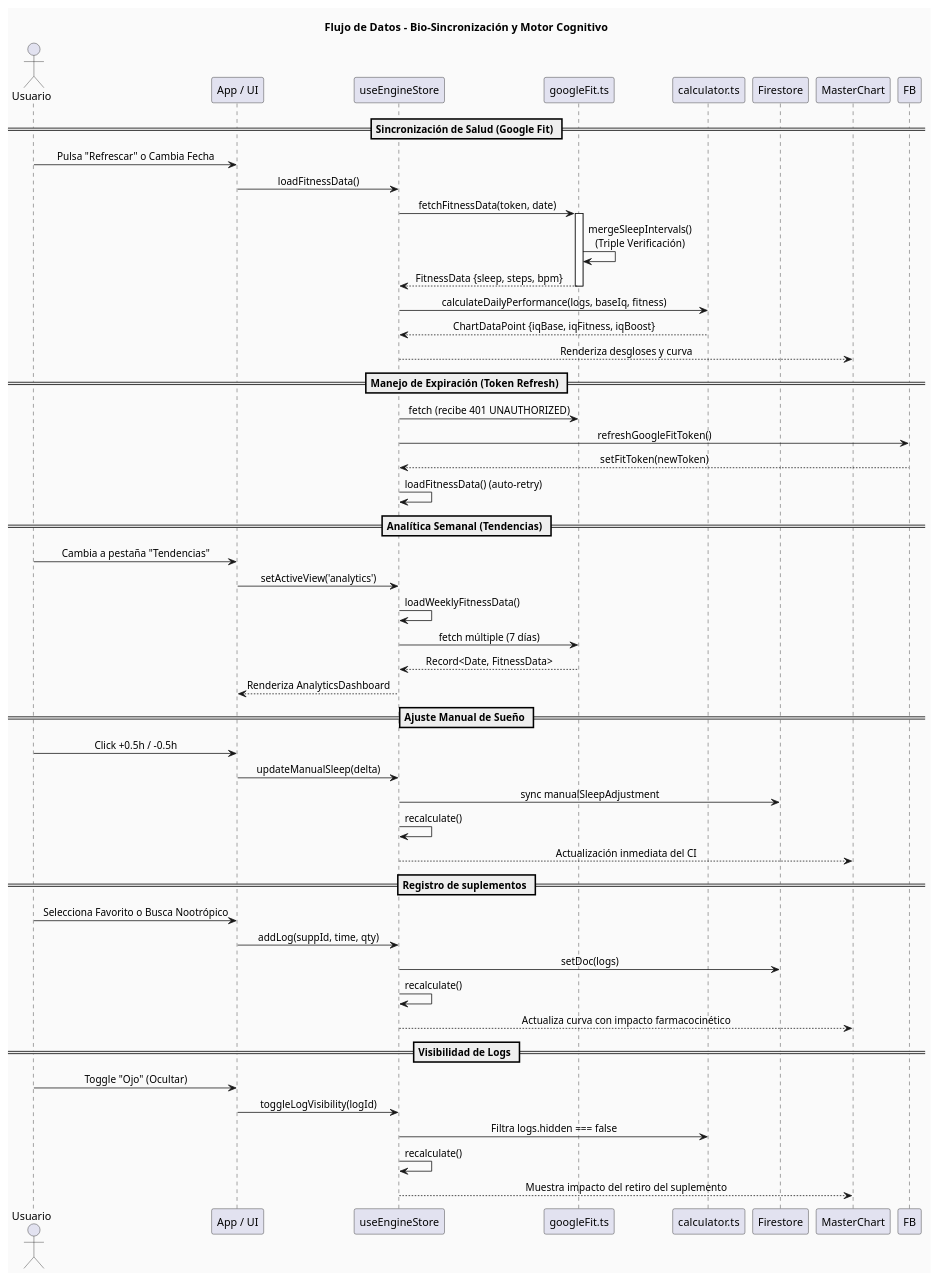
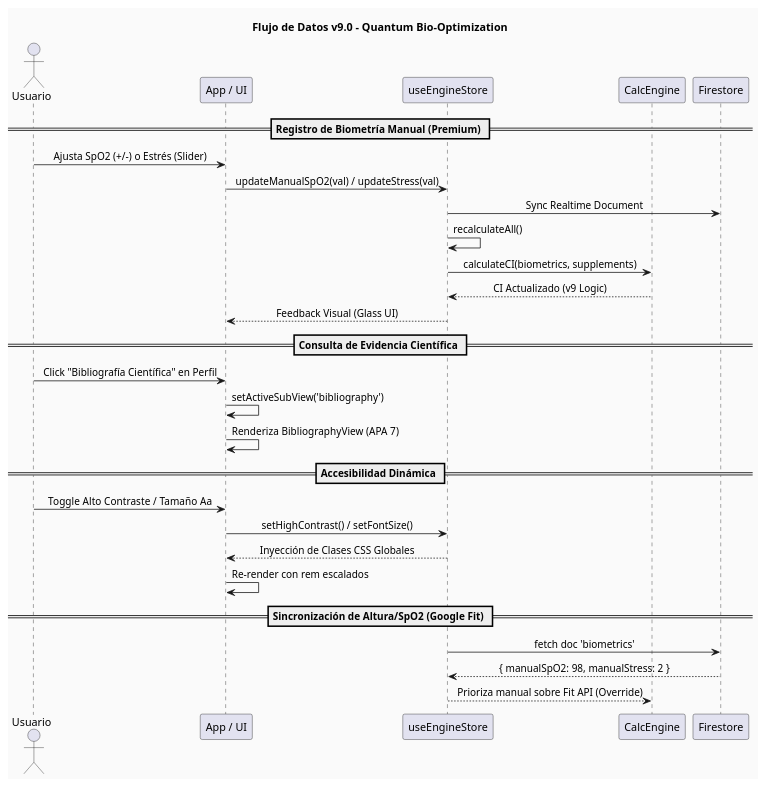
One commit to Camilo-Alberto-Palacio/optimizador-cognitivo changed the diagram in diagramas/dataflow.puml. Above: the diagram before and after it, drawn with PlantUML. The commit also changed 2 other files, not shown here.

Commit message:
docs: v9.0 Final PRO - architecture updates, README with math logic and APA bibliography

```diff
--- a/diagramas/dataflow.puml
+++ b/diagramas/dataflow.puml
@@ -1,63 +1,37 @@
-@startuml DataFlow_v2
+@startuml DataFlow_v9
 skinparam defaultTextAlignment center
 skinparam backgroundColor #FAFAFA
-title Flujo de Datos - Bio-Sincronización y Motor Cognitivo
+title Flujo de Datos v9.0 - Quantum Bio-Optimization
 
 actor "Usuario" as User
 participant "App / UI" as UI
 participant "useEngineStore" as Store
-participant "googleFit.ts" as FitService
-participant "calculator.ts" as CalcEngine
+participant "CalcEngine" as Calc
 participant "Firestore" as DB
-participant "MasterChart" as View
 
-== Sincronización de Salud (Google Fit) ==
-User -> UI : Pulsa "Refrescar" o Cambia Fecha
-UI -> Store : loadFitnessData()
-Store -> FitService : fetchFitnessData(token, date)
+== Registro de Biometría Manual (Premium) ==
+User -> UI : Ajusta SpO2 (+/-) o Estrés (Slider)
+UI -> Store : updateManualSpO2(val) / updateStress(val)
+Store -> DB : Sync Realtime Document
+Store -> Store : recalculateAll()
+Store -> Calc : calculateCI(biometrics, supplements)
+Calc --> Store : CI Actualizado (v9 Logic)
+Store --> UI : Feedback Visual (Glass UI)
 
-activate FitService
-FitService -> FitService : mergeSleepIntervals()\n(Triple Verificación)
-FitService --> Store : FitnessData {sleep, steps, bpm}
-deactivate FitService
+== Consulta de Evidencia Científica ==
+User -> UI : Click "Bibliografía Científica" en Perfil
+UI -> UI : setActiveSubView('bibliography')
+UI -> UI : Renderiza BibliographyView (APA 7)
 
-Store -> CalcEngine : calculateDailyPerformance(logs, baseIq, fitness)
-CalcEngine --> Store : ChartDataPoint {iqBase, iqFitness, iqBoost}
-Store --> View : Renderiza desgloses y curva
+== Accesibilidad Dinámica ==
+User -> UI : Toggle Alto Contraste / Tamaño Aa
+UI -> Store : setHighContrast() / setFontSize()
+Store --> UI : Inyección de Clases CSS Globales
+UI -> UI : Re-render con rem escalados
 
-== Manejo de Expiración (Token Refresh) ==
-Store -> FitService : fetch (recibe 401 UNAUTHORIZED)
-Store -> FB : refreshGoogleFitToken()
-FB --> Store : setFitToken(newToken)
-Store -> Store : loadFitnessData() (auto-retry)
-
-== Analítica Semanal (Tendencias) ==
-User -> UI : Cambia a pestaña "Tendencias"
-UI -> Store : setActiveView('analytics')
-Store -> Store : loadWeeklyFitnessData()
-Store -> FitService : fetch múltiple (7 días)
-FitService --> Store : Record<Date, FitnessData>
-Store --> UI : Renderiza AnalyticsDashboard
-
-== Ajuste Manual de Sueño ==
-User -> UI : Click +0.5h / -0.5h
-UI -> Store : updateManualSleep(delta)
-Store -> DB : sync manualSleepAdjustment
-Store -> Store : recalculate()
-Store --> View : Actualización inmediata del CI
-
-== Registro de suplementos ==
-User -> UI : Selecciona Favorito o Busca Nootrópico
-UI -> Store : addLog(suppId, time, qty)
-Store -> DB : setDoc(logs)
-Store -> Store : recalculate()
-Store --> View : Actualiza curva con impacto farmacocinético
-
-== Visibilidad de Logs ==
-User -> UI : Toggle "Ojo" (Ocultar)
-UI -> Store : toggleLogVisibility(logId)
-Store -> CalcEngine : Filtra logs.hidden === false
-Store -> Store : recalculate()
-Store --> View : Muestra impacto del retiro del suplemento
+== Sincronización de Altura/SpO2 (Google Fit) ==
+Store -> DB : fetch doc 'biometrics'
+DB --> Store : { manualSpO2: 98, manualStress: 2 }
+Store --> Calc : Prioriza manual sobre Fit API (Override)
 
 @enduml
```
